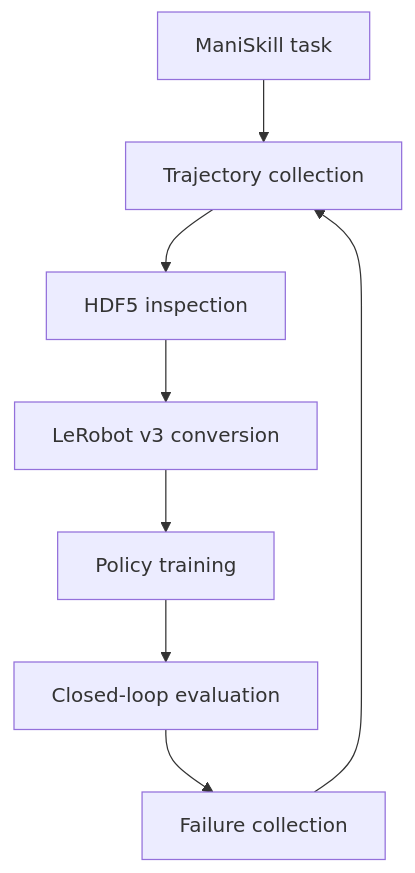
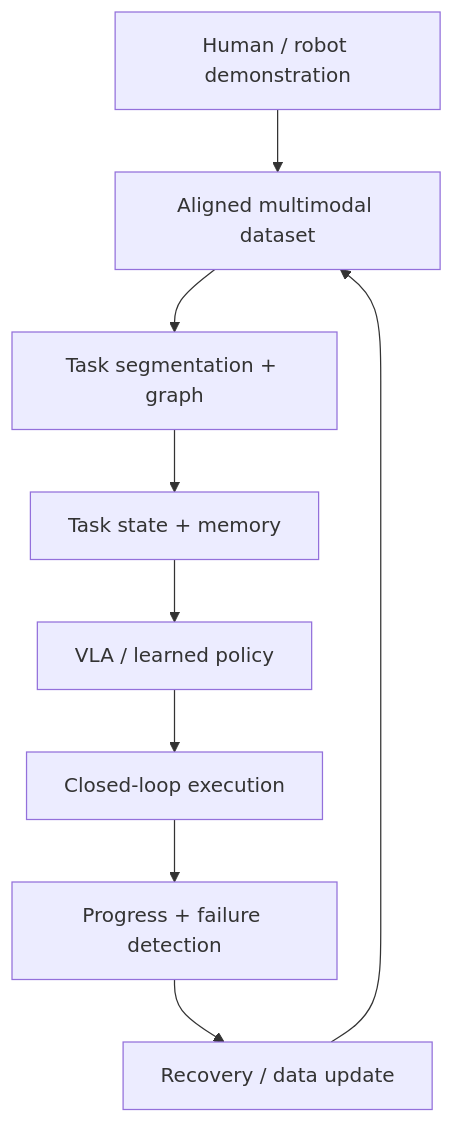
One commit to BowenYuan95/embodied-ai-learning changed the diagram in README.md. Above: the diagram before and after it, drawn with Mermaid. The commit also changed other lines of this file and 21 other files, not shown here.

````diff
--- a/README.md
+++ b/README.md
@@ -34,10 +41,11 @@
 ```mermaid
 flowchart TD
-    A["ManiSkill task"] --> B["Trajectory collection"]
-    B --> C["HDF5 inspection"]
-    C --> D["LeRobot v3 conversion"]
-    D --> E["Policy training"]
-    E --> F["Closed-loop evaluation"]
-    F --> G["Failure collection"]
-    G --> B
+    A["Human / robot demonstration"] --> B["Aligned multimodal dataset"]
+    B --> C["Task segmentation + graph"]
+    C --> D["Task state + memory"]
+    D --> E["VLA / learned policy"]
+    E --> F["Closed-loop execution"]
+    F --> G["Progress + failure detection"]
+    G --> H["Recovery / data update"]
+    H --> B
 ```
````
